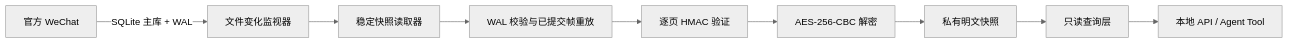
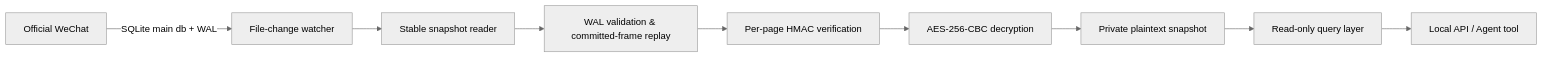
One commit to missuo/wechat-realtime-reader changed the diagram in README.md. Above: the diagram before and after it, drawn with Mermaid (neutral theme). The commit also changed other lines of this file, not shown here.

````diff
--- a/README.md
+++ b/README.md
@@ -36,11 +51,11 @@
 ```mermaid
 flowchart LR
-    A[官方 WeChat] -->|SQLite 主库 + WAL| B[文件变化监视器]
-    B --> C[稳定快照读取器]
-    C --> D[WAL 校验与已提交帧重放]
-    D --> E[逐页 HMAC 验证]
-    E --> F[AES-256-CBC 解密]
-    F --> G[私有明文快照]
-    G --> H[只读查询层]
-    H --> I[本地 API / Agent Tool]
+    A[Official WeChat] -->|SQLite main db + WAL| B[File-change watcher]
+    B --> C[Stable snapshot reader]
+    C --> D[WAL validation & committed-frame replay]
+    D --> E[Per-page HMAC verification]
+    E --> F[AES-256-CBC decryption]
+    F --> G[Private plaintext snapshot]
+    G --> H[Read-only query layer]
+    H --> I[Local API / Agent tool]
 ```
````
